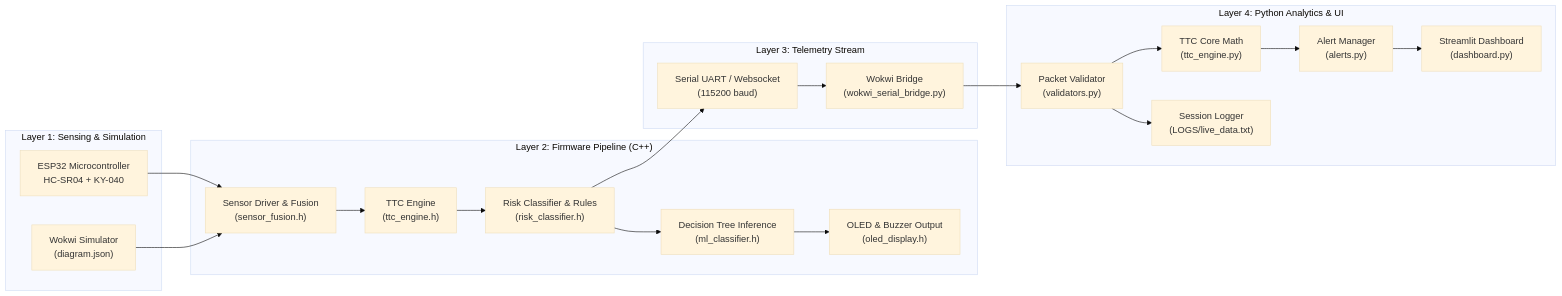
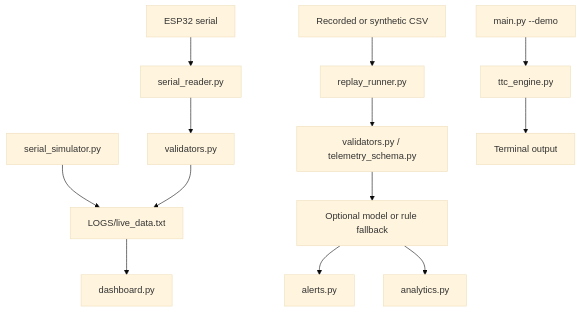
The fifth of 5 diagrams in docs/architecture.md (Baliji-Niroop/TTC-Collision-Risk-System), drawn with Mermaid (base theme) before and after one commit. The commit also changed other lines of this file and 20 other files, not shown here.

First line of the commit message:
docs: clarify project behavior and add diagrams

````diff
--- a/docs/architecture.md
+++ b/docs/architecture.md
@@ -9,42 +97,15 @@
 ```mermaid
-flowchart LR
-    subgraph Hardware_Simulation["Layer 1: Sensing & Simulation"]
-        HW["ESP32 Microcontroller<br/>HC-SR04 + KY-040"]
-        WOK["Wokwi Simulator<br/>(diagram.json)"]
-    end
-
-    subgraph Embedded_Runtime["Layer 2: Firmware Pipeline (C++)"]
-        SF["Sensor Driver & Fusion<br/>(sensor_fusion.h)"]
-        TE["TTC Engine<br/>(ttc_engine.h)"]
-        RC["Risk Classifier & Rules<br/>(risk_classifier.h)"]
-        ML_EDGE["Decision Tree Inference<br/>(ml_classifier.h)"]
-        DISP["OLED & Buzzer Output<br/>(oled_display.h)"]
-    end
-
-    subgraph Telemetry_Bridge["Layer 3: Telemetry Stream"]
-        COM["Serial UART / Websocket<br/>(115200 baud)"]
-        BRIDGE["Wokwi Bridge<br/>(wokwi_serial_bridge.py)"]
-    end
-
-    subgraph Host_Analytics["Layer 4: Python Analytics & UI"]
-        VAL["Packet Validator<br/>(validators.py)"]
-        CORE["TTC Core Math<br/>(ttc_engine.py)"]
-        ALERTS["Alert Manager<br/>(alerts.py)"]
-        DASH["Streamlit Dashboard<br/>(dashboard.py)"]
-        LOGS["Session Logger<br/>(LOGS/live_data.txt)"]
-    end
-
-    HW --> SF
-    WOK --> SF
-    SF --> TE
-    TE --> RC
-    RC --> ML_EDGE
-    ML_EDGE --> DISP
-    RC --> COM
-    COM --> BRIDGE
-    BRIDGE --> VAL
-    VAL --> CORE
-    CORE --> ALERTS
-    ALERTS --> DASH
-    VAL --> LOGS
+flowchart TD
+    ESP["ESP32 serial"] --> SR["serial_reader.py"]
+    SIM["serial_simulator.py"] --> LOG["LOGS/live_data.txt"]
+    SR --> VAL["validators.py"]
+    VAL --> LOG
+    LOG --> DASH["dashboard.py"]
+    CSV["Recorded or synthetic CSV"] --> REPLAY["replay_runner.py"]
+    REPLAY --> PARSE["validators.py / telemetry_schema.py"]
+    PARSE --> INFER["Optional model or rule fallback"]
+    INFER --> ALERT["alerts.py"]
+    INFER --> ANA["analytics.py"]
+    DEMO["main.py --demo"] --> TTC["ttc_engine.py"]
+    TTC --> TERM["Terminal output"]
 ```
````
